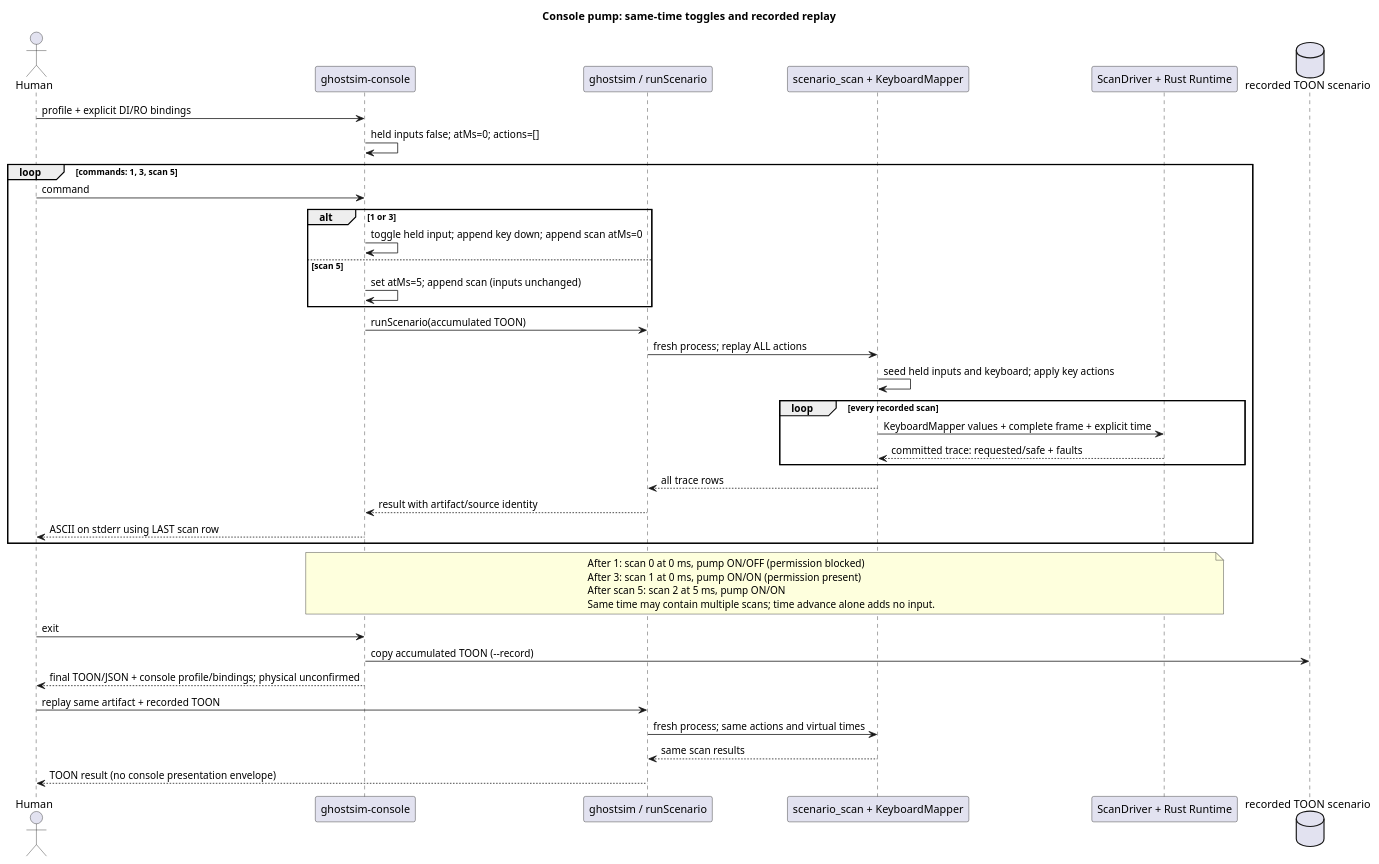
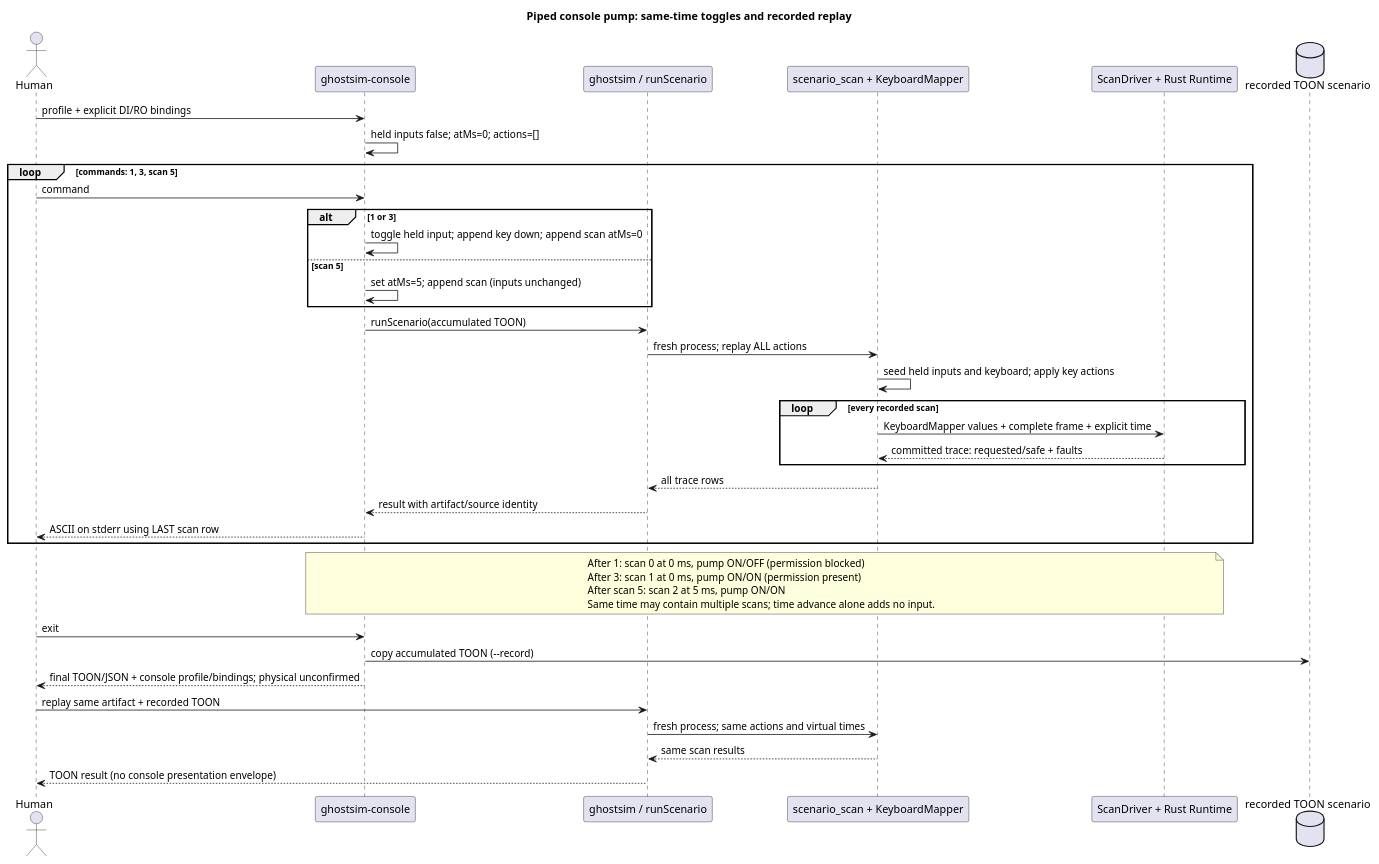
The third of 4 diagrams in docs/LLM-TOOLCHAIN-ARCHITECTURE.md (callin2/ghostflow-language), drawn with PlantUML before and after one commit. The commit also changed other lines of this file and 12 other files, not shown here.

````diff
--- a/docs/LLM-TOOLCHAIN-ARCHITECTURE.md
+++ b/docs/LLM-TOOLCHAIN-ARCHITECTURE.md
@@ -194,44 +208,44 @@
 ```plantuml
 @startuml
-title Console pump: same-time toggles and recorded replay
+title Piped console pump: same-time toggles and recorded replay
 actor Human
 participant "ghostsim-console" as Console
 participant "ghostsim / runScenario" as Host
 participant "scenario_scan + KeyboardMapper" as Input
 participant "ScanDriver + Rust Runtime" as Core
 database "recorded TOON scenario" as Record
 Human -> Console: profile + explicit DI/RO bindings
 Console -> Console: held inputs false; atMs=0; actions=[]
 loop commands: 1, 3, scan 5
   Human -> Console: command
   alt 1 or 3
     Console -> Console: toggle held input; append key down; append scan atMs=0
   else scan 5
     Console -> Console: set atMs=5; append scan (inputs unchanged)
   end
   Console -> Host: runScenario(accumulated TOON)
   Host -> Input: fresh process; replay ALL actions
   Input -> Input: seed held inputs and keyboard; apply key actions
   loop every recorded scan
     Input -> Core: KeyboardMapper values + complete frame + explicit time
     Core --> Input: committed trace: requested/safe + faults
   end
   Input --> Host: all trace rows
   Host --> Console: result with artifact/source identity
   Console --> Human: ASCII on stderr using LAST scan row
 end
 note over Console,Core
   After 1: scan 0 at 0 ms, pump ON/OFF (permission blocked)
   After 3: scan 1 at 0 ms, pump ON/ON (permission present)
   After scan 5: scan 2 at 5 ms, pump ON/ON
   Same time may contain multiple scans; time advance alone adds no input.
 end note
 Human -> Console: exit
 Console -> Record: copy accumulated TOON (--record)
 Console --> Human: final TOON/JSON + console profile/bindings; physical unconfirmed
 Human -> Host: replay same artifact + recorded TOON
 Host -> Input: fresh process; same actions and virtual times
 Input --> Host: same scan results
 Host --> Human: TOON result (no console presentation envelope)
 @enduml
 ```
````
